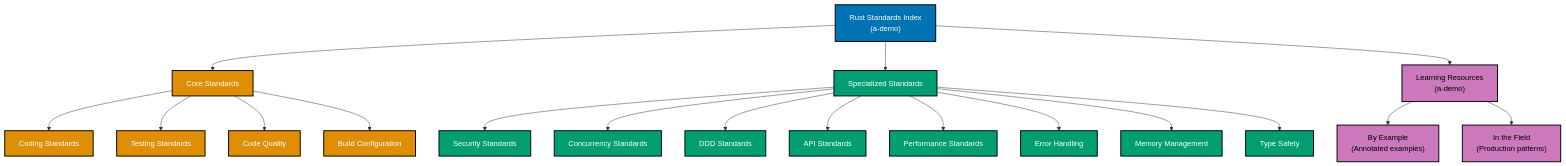
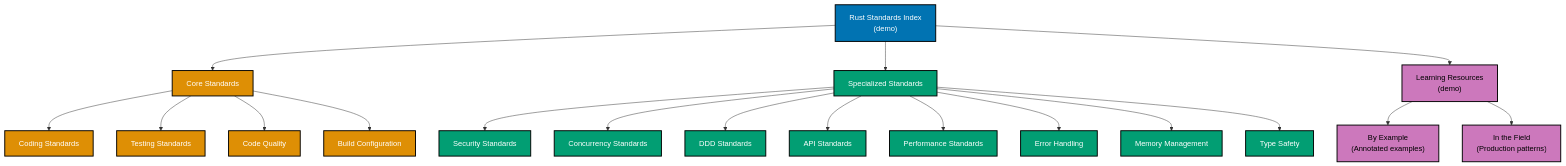
The diagram in docs/explanation/software-engineering/programming-languages/rust/README.md (wahidyankf/ose-primer), drawn with Mermaid before and after one commit. The commit also changed other lines of this file and 3064 other files, not shown here.

````diff
--- a/docs/explanation/software-engineering/programming-languages/rust/README.md
+++ b/docs/explanation/software-engineering/programming-languages/rust/README.md
@@ -182,36 +182,36 @@
 ```mermaid
 %% Color Palette: Blue #0173B2, Orange #DE8F05, Teal #029E73, Purple #CC78BC
 %% All colors are color-blind friendly and meet WCAG AA contrast standards
 
 graph TD
-    A["Rust Standards Index<br/>(a-demo)"]:::blue
+    A["Rust Standards Index<br/>(demo)"]:::blue
     B["Core Standards"]:::orange
     C["Specialized Standards"]:::teal
-    D["Learning Resources<br/>(a-demo)"]:::purple
+    D["Learning Resources<br/>(demo)"]:::purple
 
     A --> B
     A --> C
     A --> D
 
     B --> E["Coding Standards"]:::orange
     B --> F["Testing Standards"]:::orange
     B --> G["Code Quality"]:::orange
     B --> H["Build Configuration"]:::orange
 
     C --> I["Security Standards"]:::teal
     C --> J["Concurrency Standards"]:::teal
     C --> K["DDD Standards"]:::teal
     C --> L["API Standards"]:::teal
     C --> M["Performance Standards"]:::teal
     C --> N["Error Handling"]:::teal
     C --> O["Memory Management"]:::teal
     C --> P["Type Safety"]:::teal
 
     D --> Q["By Example<br/>(Annotated examples)"]:::purple
     D --> R["In the Field<br/>(Production patterns)"]:::purple
 
     classDef blue fill:#0173B2,stroke:#000000,color:#FFFFFF,stroke-width:2px
     classDef orange fill:#DE8F05,stroke:#000000,color:#FFFFFF,stroke-width:2px
     classDef teal fill:#029E73,stroke:#000000,color:#FFFFFF,stroke-width:2px
     classDef purple fill:#CC78BC,stroke:#000000,color:#000000,stroke-width:2px
 ```
````
